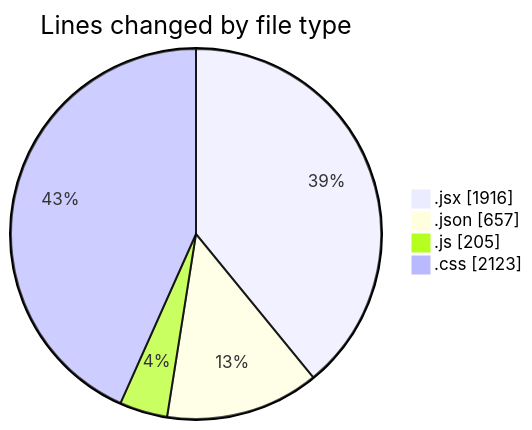
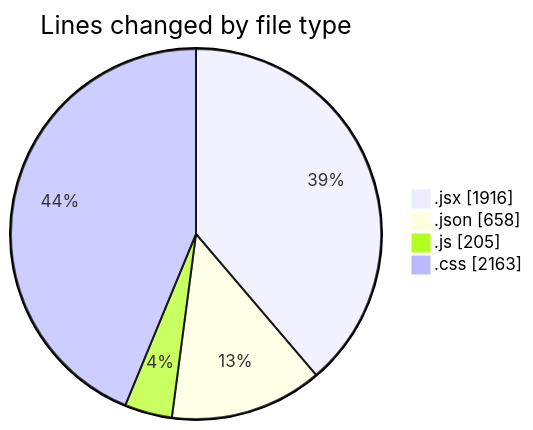
One commit to BS-eng2023/code-tracking changed the first of 2 diagrams in 2025-05-04/project/README.md. Above: the diagram before and after it, drawn with Mermaid. The commit also changed other lines of this file and 1 other file, not shown here.

````diff
--- a/2025-05-04/project/README.md
+++ b/2025-05-04/project/README.md
@@ -43,8 +43,8 @@
 ```mermaid
 pie showData
 title Lines changed by file type
 ".jsx" : 1916
-".json" : 657
+".json" : 658
 ".js" : 205
-".css" : 2123
+".css" : 2163
 ```
````
